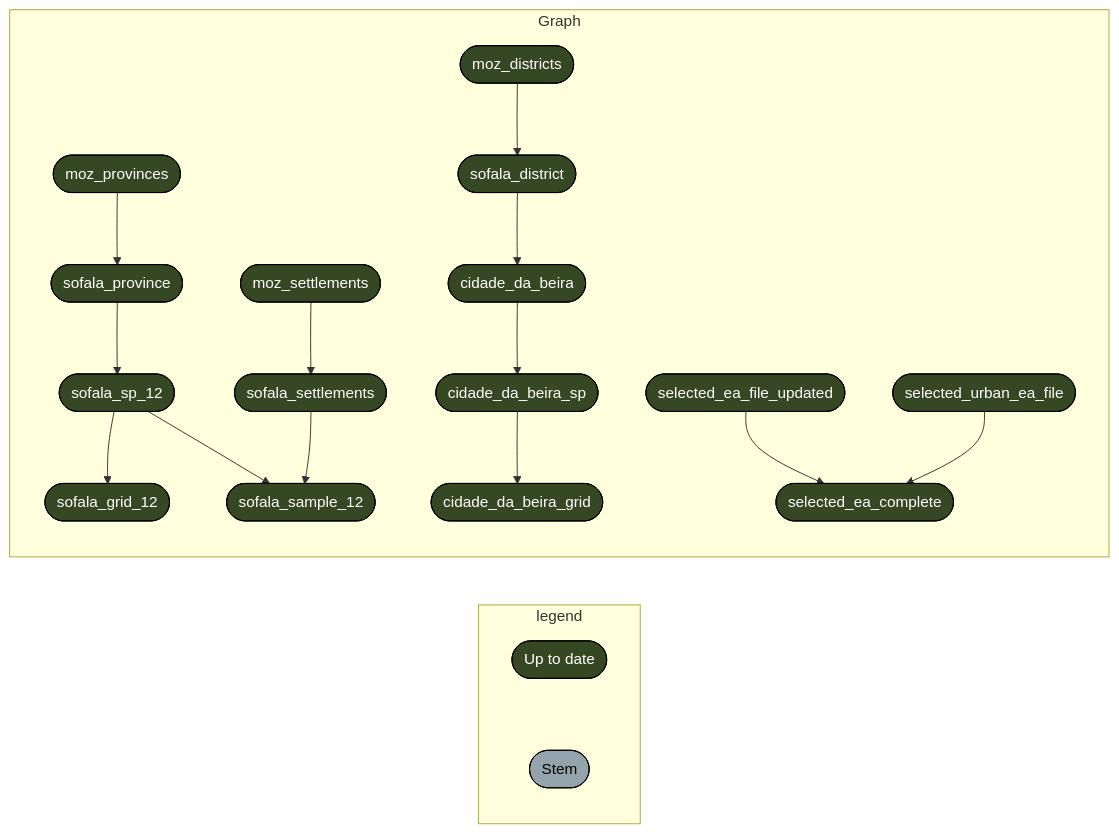
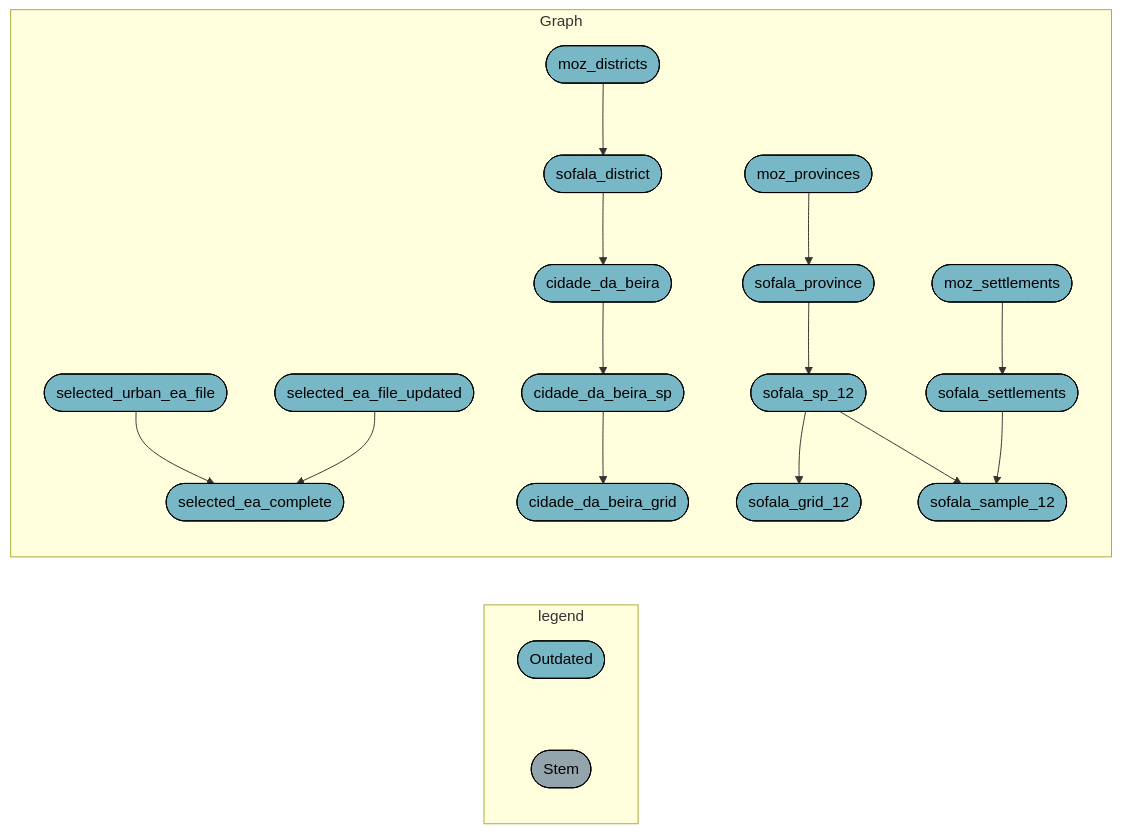
One commit to katilingban/mozambique-s3m changed the first of 5 diagrams in README.md. Above: the diagram before and after it, drawn with Mermaid. The commit also changed other lines of this file and 5 other files, not shown here.

````diff
--- a/README.md
+++ b/README.md
@@ -29,23 +27,23 @@
 ``` mermaid
 graph LR
   subgraph legend
-    x7420bd9270f8d27d([""Up to date""]):::uptodate --- xbf4603d6c2c2ad6b([""Stem""]):::none
+    x0a52b03877696646([""Outdated""]):::outdated --- xbf4603d6c2c2ad6b([""Stem""]):::none
   end
   subgraph Graph
-    x75893273a2726411(["moz_provinces"]):::uptodate --> x89b92e016b1a0789(["sofala_province"]):::uptodate
-    xeb7dee2731da6b05(["moz_settlements"]):::uptodate --> xb7ac41c07a011c84(["sofala_settlements"]):::uptodate
-    xb7ac41c07a011c84(["sofala_settlements"]):::uptodate --> xbac0d63338e90727(["sofala_sample_12"]):::uptodate
-    x36ac982d46cbe0a5(["sofala_sp_12"]):::uptodate --> xbac0d63338e90727(["sofala_sample_12"]):::uptodate
-    x07b06a64d6979765(["cidade_da_beira"]):::uptodate --> x216c8615edb5b18d(["cidade_da_beira_sp"]):::uptodate
-    x2ae35f7d7ffcedde(["moz_districts"]):::uptodate --> xac05260670c94749(["sofala_district"]):::uptodate
-    x216c8615edb5b18d(["cidade_da_beira_sp"]):::uptodate --> x91135f521fae67c1(["cidade_da_beira_grid"]):::uptodate
-    x36ac982d46cbe0a5(["sofala_sp_12"]):::uptodate --> x3e8475df052020ee(["sofala_grid_12"]):::uptodate
-    x3fcad629bf609680(["selected_ea_file_updated"]):::uptodate --> x92e3f678d50e7191(["selected_ea_complete"]):::uptodate
-    xfdb6a9b6a0e24e2c(["selected_urban_ea_file"]):::uptodate --> x92e3f678d50e7191(["selected_ea_complete"]):::uptodate
-    x89b92e016b1a0789(["sofala_province"]):::uptodate --> x36ac982d46cbe0a5(["sofala_sp_12"]):::uptodate
-    xac05260670c94749(["sofala_district"]):::uptodate --> x07b06a64d6979765(["cidade_da_beira"]):::uptodate
+    x3fcad629bf609680(["selected_ea_file_updated"]):::outdated --> x92e3f678d50e7191(["selected_ea_complete"]):::outdated
+    xfdb6a9b6a0e24e2c(["selected_urban_ea_file"]):::outdated --> x92e3f678d50e7191(["selected_ea_complete"]):::outdated
+    xeb7dee2731da6b05(["moz_settlements"]):::outdated --> xb7ac41c07a011c84(["sofala_settlements"]):::outdated
+    x89b92e016b1a0789(["sofala_province"]):::outdated --> x36ac982d46cbe0a5(["sofala_sp_12"]):::outdated
+    x216c8615edb5b18d(["cidade_da_beira_sp"]):::outdated --> x91135f521fae67c1(["cidade_da_beira_grid"]):::outdated
+    x36ac982d46cbe0a5(["sofala_sp_12"]):::outdated --> x3e8475df052020ee(["sofala_grid_12"]):::outdated
+    x2ae35f7d7ffcedde(["moz_districts"]):::outdated --> xac05260670c94749(["sofala_district"]):::outdated
+    x07b06a64d6979765(["cidade_da_beira"]):::outdated --> x216c8615edb5b18d(["cidade_da_beira_sp"]):::outdated
+    xb7ac41c07a011c84(["sofala_settlements"]):::outdated --> xbac0d63338e90727(["sofala_sample_12"]):::outdated
+    x36ac982d46cbe0a5(["sofala_sp_12"]):::outdated --> xbac0d63338e90727(["sofala_sample_12"]):::outdated
+    xac05260670c94749(["sofala_district"]):::outdated --> x07b06a64d6979765(["cidade_da_beira"]):::outdated
+    x75893273a2726411(["moz_provinces"]):::outdated --> x89b92e016b1a0789(["sofala_province"]):::outdated
   end
-  classDef uptodate stroke:#000000,color:#ffffff,fill:#354823;
+  classDef outdated stroke:#000000,color:#000000,fill:#78B7C5;
   classDef none stroke:#000000,color:#000000,fill:#94a4ac;
   linkStyle 0 stroke-width:0px;
 ```
````
